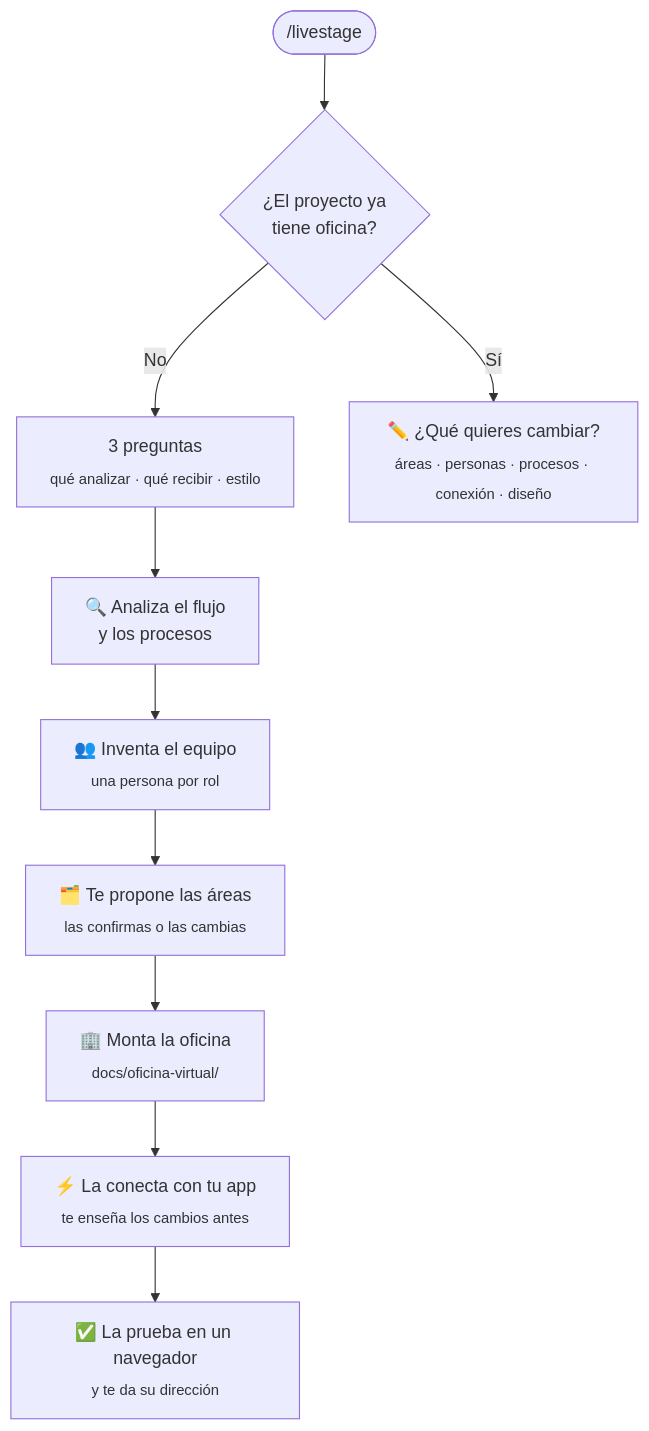
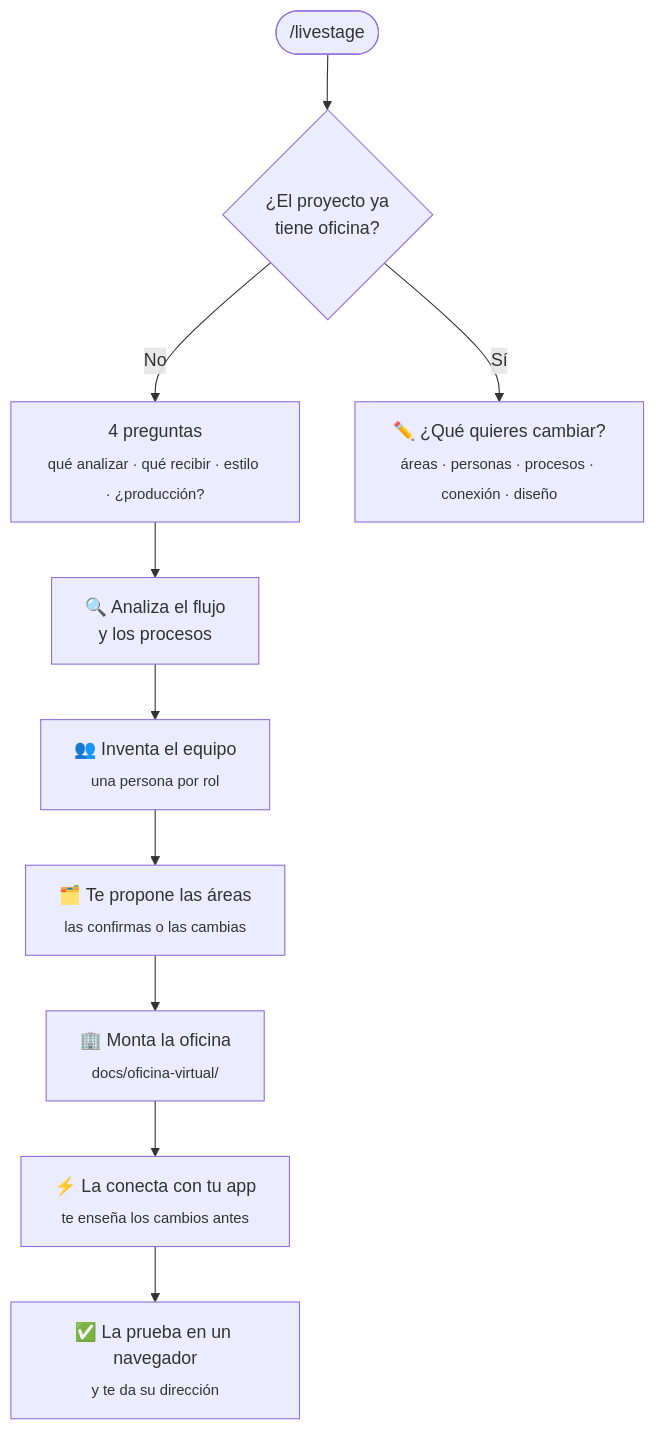
Before and after one commit to maomur/claude-plugins: the second of 2 diagrams in README.md, drawn with Mermaid. The commit also changed other lines of this file and 4 other files, not shown here.

````diff
--- a/README.md
+++ b/README.md
@@ -197,12 +197,12 @@
 ```mermaid
 flowchart TD
     S(["/livestage"]) --> Q{"¿El proyecto ya<br/>tiene oficina?"}
-    Q -- "No" --> P1["3 preguntas<br/><sub>qué analizar · qué recibir · estilo</sub>"]
+    Q -- "No" --> P1["4 preguntas<br/><sub>qué analizar · qué recibir · estilo · ¿producción?</sub>"]
     P1 --> P2["🔍 Analiza el flujo<br/>y los procesos"]
     P2 --> P3["👥 Inventa el equipo<br/><sub>una persona por rol</sub>"]
     P3 --> P4["🗂️ Te propone las áreas<br/><sub>las confirmas o las cambias</sub>"]
     P4 --> P5["🏢 Monta la oficina<br/><sub>docs/oficina-virtual/</sub>"]
     P5 --> P7["⚡ La conecta con tu app<br/><sub>te enseña los cambios antes</sub>"]
     P7 --> P8["✅ La prueba en un navegador<br/><sub>y te da su dirección</sub>"]
     Q -- "Sí" --> C1["✏️ ¿Qué quieres cambiar?<br/><sub>áreas · personas · procesos · conexión · diseño</sub>"]
 ```
````
